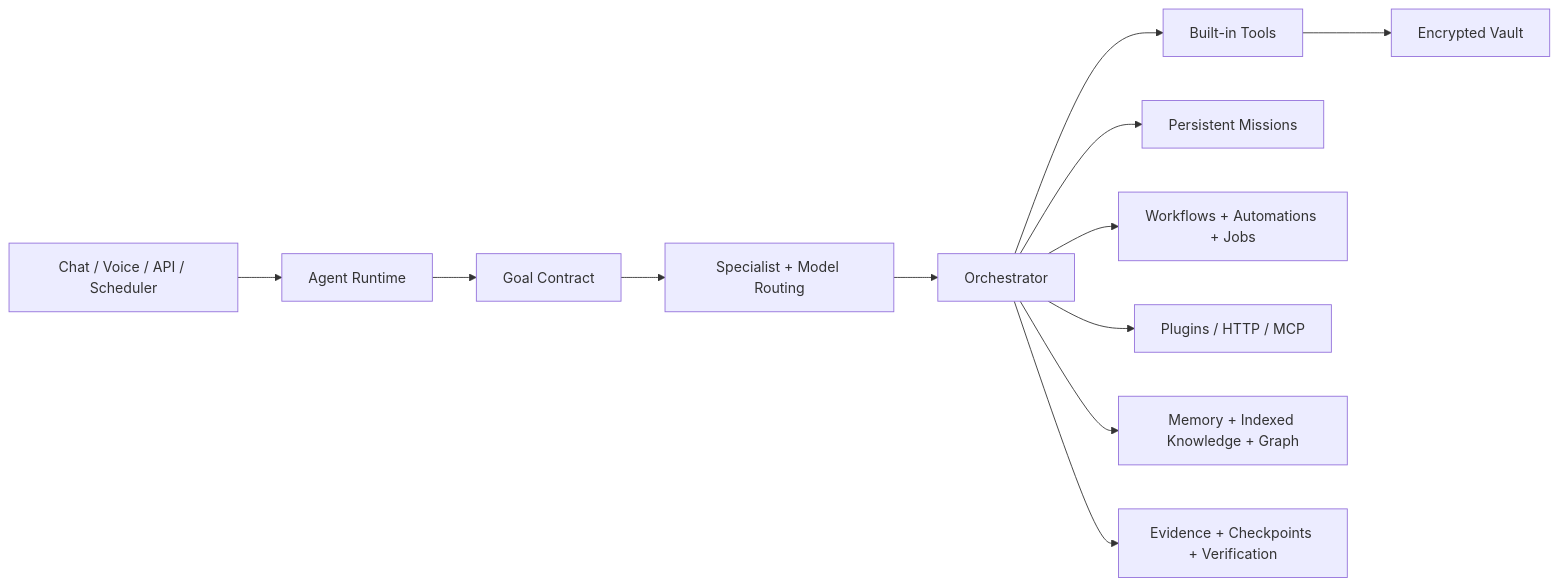
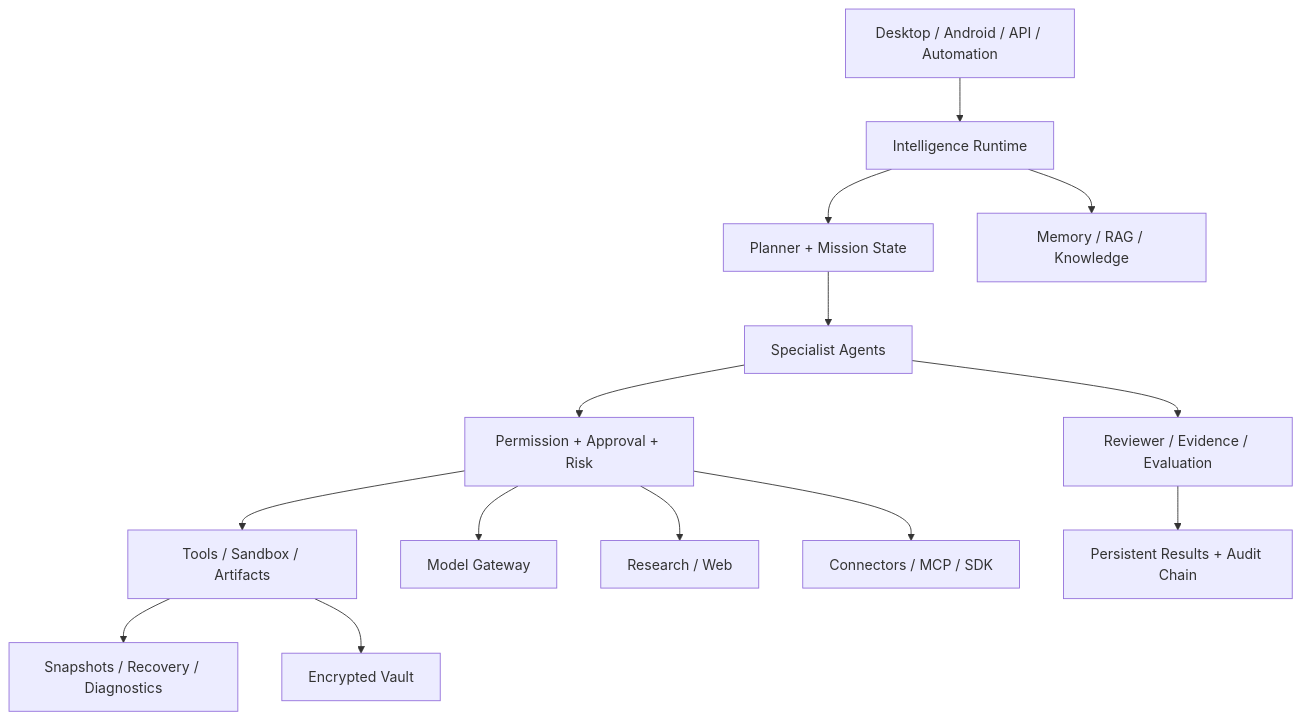
The diagram in README.md (directordiesel/DPN-AI), drawn with Mermaid before and after one commit. The commit also changed other lines of this file, not shown here.

````diff
--- a/README.md
+++ b/README.md
@@ -236,14 +337,16 @@
 ```mermaid
-flowchart LR
-  USER[Chat / Voice / API / Scheduler] --> RUNTIME[Agent Runtime]
-  RUNTIME --> CONTRACT[Goal Contract]
-  CONTRACT --> ROUTER[Specialist + Model Routing]
-  ROUTER --> ORCH[Orchestrator]
-  ORCH --> TOOLS[Built-in Tools]
-  ORCH --> MISSIONS[Persistent Missions]
-  ORCH --> AUTO[Workflows + Automations + Jobs]
-  ORCH --> EXT[Plugins / HTTP / MCP]
-  ORCH --> KNOW[Memory + Indexed Knowledge + Graph]
+flowchart TB
+  UX[Desktop / Android / API / Automation] --> CORE[Intelligence Runtime]
+  CORE --> PLAN[Planner + Mission State]
+  PLAN --> AGENTS[Specialist Agents]
+  AGENTS --> PERM[Permission + Approval + Risk]
+  PERM --> TOOLS[Tools / Sandbox / Artifacts]
+  PERM --> MODELS[Model Gateway]
+  PERM --> WEB[Research / Web]
+  PERM --> EXT[Connectors / MCP / SDK]
+  CORE --> MEMORY[Memory / RAG / Knowledge]
+  TOOLS --> RECOVERY[Snapshots / Recovery / Diagnostics]
   TOOLS --> VAULT[Encrypted Vault]
-  ORCH --> VERIFY[Evidence + Checkpoints + Verification]
+  AGENTS --> VERIFY[Reviewer / Evidence / Evaluation]
+  VERIFY --> AUDIT[Persistent Results + Audit Chain]
 ```
````
